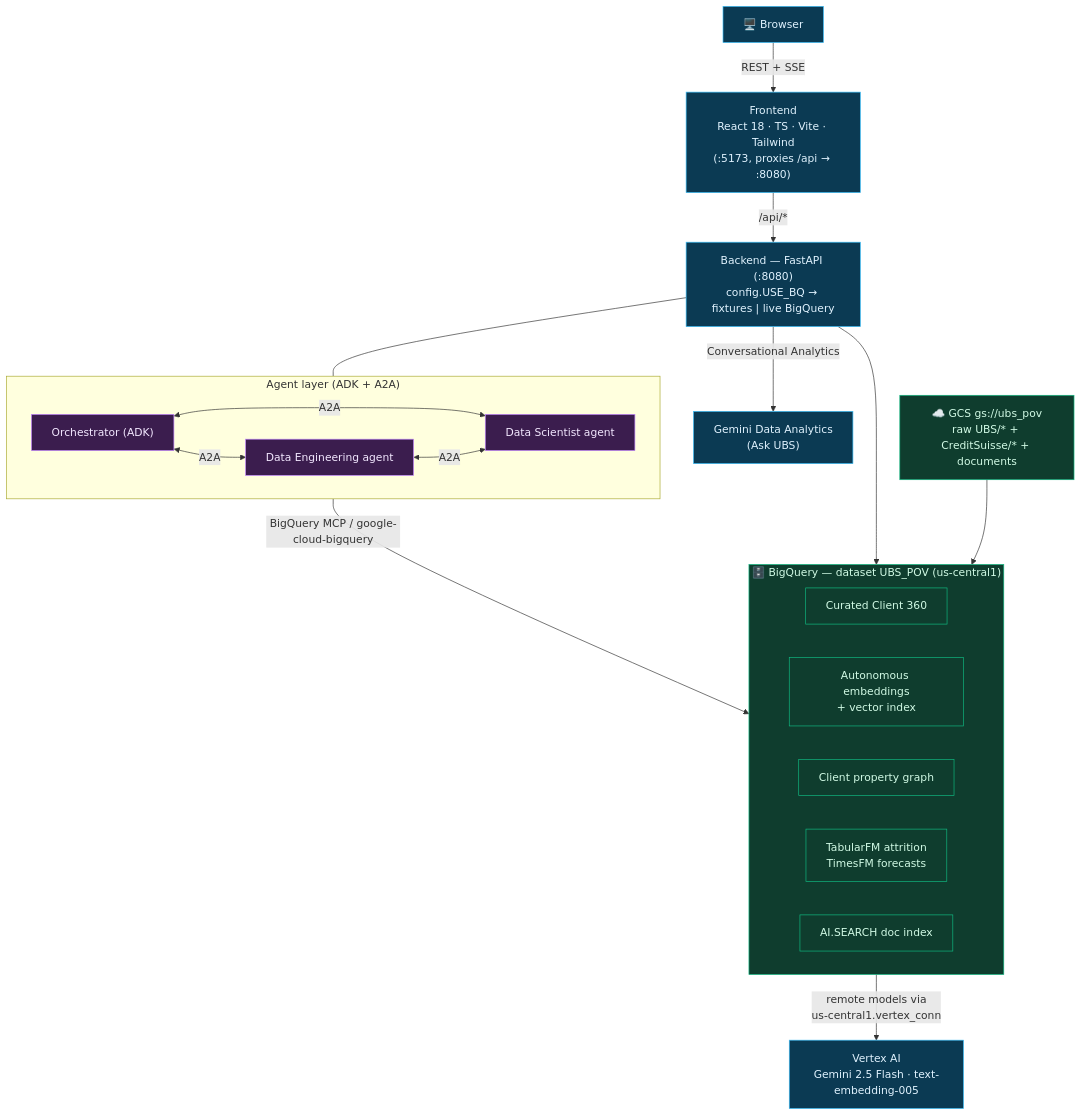
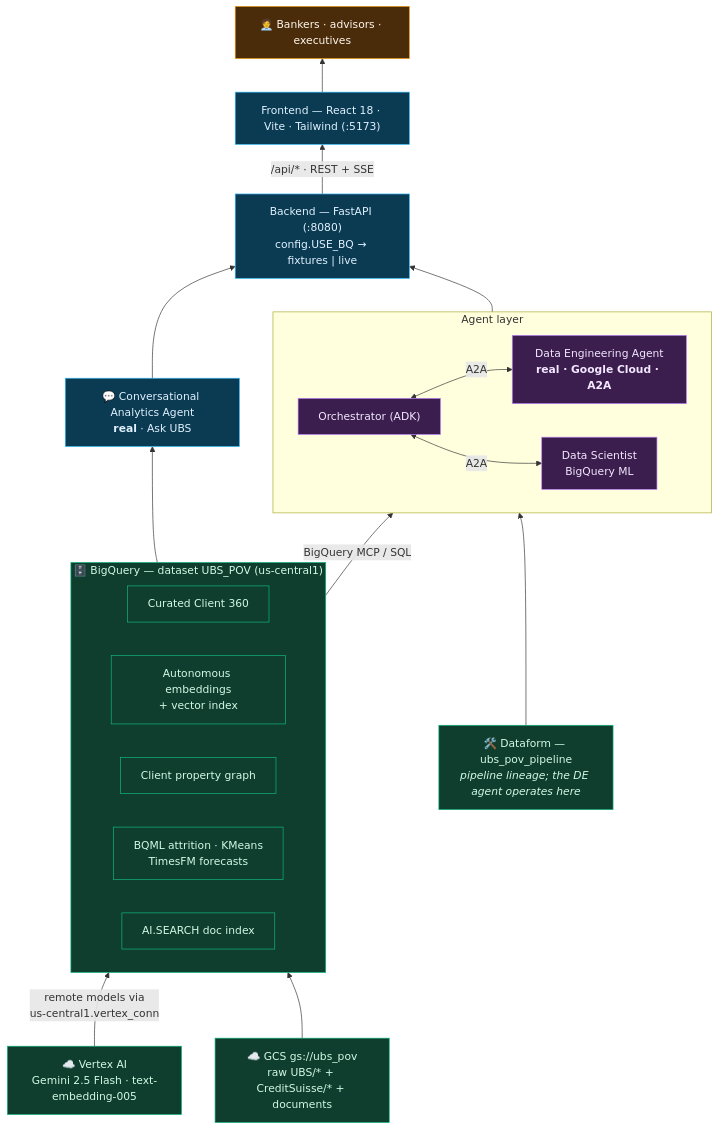
The second of 2 diagrams in README.md (gargravish/fsi_pov), drawn with Mermaid before and after one commit. The commit also changed other lines of this file, not shown here.

First line of the commit message:
docs: refresh README + make Mermaid diagrams bottom-up (infra → users)

````diff
--- a/README.md
+++ b/README.md
@@ -146,39 +154,49 @@
 ```mermaid
-flowchart TB
-    B["🖥️ Browser"] -->|REST + SSE| FE["Frontend<br/>React 18 · TS · Vite · Tailwind<br/>(:5173, proxies /api → :8080)"]
-    FE -->|"/api/*"| API["Backend — FastAPI (:8080)<br/>config.USE_BQ → fixtures | live BigQuery"]
-
-    subgraph AGENTS["Agent layer (ADK + A2A)"]
-        direction LR
-        ORC["Orchestrator (ADK)"]
-        DE["Data Engineering agent"]
-        DS["Data Scientist agent"]
-        ORC <-->|A2A| DE
-        ORC <-->|A2A| DS
-        DE <-->|A2A| DS
-    end
-    API --- AGENTS
-    API -->|Conversational Analytics| CA["Gemini Data Analytics<br/>(Ask UBS)"]
-
-    AGENTS -->|"BigQuery MCP / google-cloud-bigquery"| BQ
-    API --> BQ
+flowchart BT
+    %% ===== bottom: cloud foundation =====
+    VX["☁️ Vertex AI<br/>Gemini 2.5 Flash · text-embedding-005"]
+    GCS["☁️ GCS gs://ubs_pov<br/>raw UBS/* + CreditSuisse/* + documents"]
+    DF["🛠️ Dataform — ubs_pov_pipeline<br/><i>pipeline lineage; the DE agent operates here</i>"]
 
     subgraph BQ["🗄️ BigQuery — dataset UBS_POV (us-central1)"]
         direction LR
         Z1["Curated Client 360"]
         Z2["Autonomous embeddings<br/>+ vector index"]
         Z3["Client property graph"]
-        Z4["TabularFM attrition<br/>TimesFM forecasts"]
+        Z4["BQML attrition · KMeans<br/>TimesFM forecasts"]
         Z5["AI.SEARCH doc index"]
     end
 
-    BQ -->|"remote models via<br/>us-central1.vertex_conn"| VX["Vertex AI<br/>Gemini 2.5 Flash · text-embedding-005"]
-    GCS["☁️ GCS gs://ubs_pov<br/>raw UBS/* + CreditSuisse/* + documents"] --> BQ
+    VX -->|"remote models via<br/>us-central1.vertex_conn"| BQ
+    GCS --> BQ
+
+    %% ===== middle: agents + backend =====
+    subgraph AGENTS["Agent layer"]
+        direction LR
+        ORC["Orchestrator (ADK)"]
+        DE["Data Engineering Agent<br/><b>real · Google Cloud · A2A</b>"]
+        DS["Data Scientist<br/>BigQuery ML"]
+        ORC <-->|A2A| DE
+        ORC <-->|A2A| DS
+    end
+    CA["💬 Conversational Analytics Agent<br/><b>real</b> · Ask UBS"]
+
+    BQ -->|"BigQuery MCP / SQL"| AGENTS
+    DF --> DE
+    BQ --> CA
+    AGENTS --> API["Backend — FastAPI (:8080)<br/>config.USE_BQ → fixtures | live"]
+    CA --> API
+
+    %% ===== top: app + users =====
+    API -->|"/api/* · REST + SSE"| FE["Frontend — React 18 · Vite · Tailwind (:5173)"]
+    FE --> USER["🧑‍💼 Bankers · advisors · executives"]
 
     classDef store fill:#0f3d2e,stroke:#10b981,color:#d1fae5;
     classDef svc fill:#0b3a53,stroke:#38bdf8,color:#e0f2fe;
     classDef ag fill:#3b1d4e,stroke:#c084fc,color:#f3e8ff;
-    class BQ,GCS,Z1,Z2,Z3,Z4,Z5 store;
-    class FE,API,CA,VX,B svc;
+    classDef user fill:#4a2c0b,stroke:#f59e0b,color:#fff7ed;
+    class BQ,GCS,VX,DF,Z1,Z2,Z3,Z4,Z5 store;
+    class FE,API,CA svc;
     class ORC,DE,DS ag;
+    class USER user;
 ```
````
